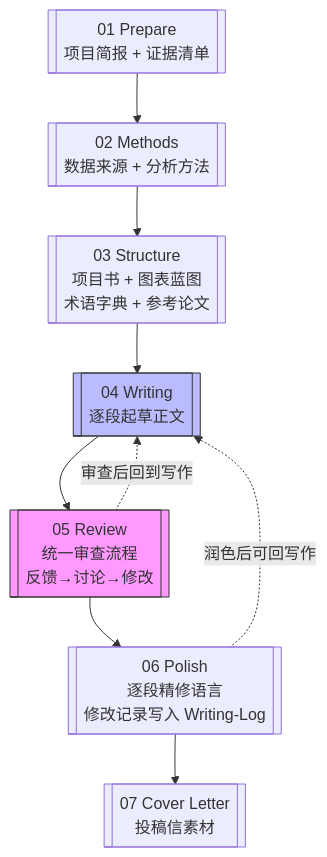
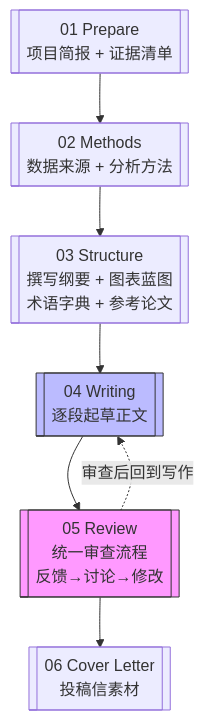
One commit to 441837297/ocean-paper-writer changed the diagram in README.md. Above: the diagram before and after it, drawn with Mermaid. The commit also changed other lines of this file and 30 other files, not shown here.

````diff
--- a/README.md
+++ b/README.md
@@ -79,17 +79,15 @@
 ```mermaid
 flowchart TD
     P[[01 Prepare<br>项目简报 + 证据清单]]
     M[[02 Methods<br>数据来源 + 分析方法]]
-    S[[03 Structure<br>项目书 + 图表蓝图<br>术语字典 + 参考论文]]
+    S[[03 Structure<br>撰写纲要 + 图表蓝图<br>术语字典 + 参考论文]]
     W[[04 Writing<br>逐段起草正文]]
     R[[05 Review<br>统一审查流程<br>反馈→讨论→修改]]
-    POL[[06 Polish<br>逐段精修语言<br>修改记录写入 Writing-Log]]
-    CL[[07 Cover Letter<br>投稿信素材]]
+    CL[[06 Cover Letter<br>投稿信素材]]
 
-    P --> M --> S --> W --> R --> POL --> CL
+    P --> M --> S --> W --> R --> CL
     R -.->|审查后回到写作| W
-    POL -.->|润色后可回写作| W
 
     style R fill:#f9f,stroke:#333
     style W fill:#bbf,stroke:#333
 ```
````
